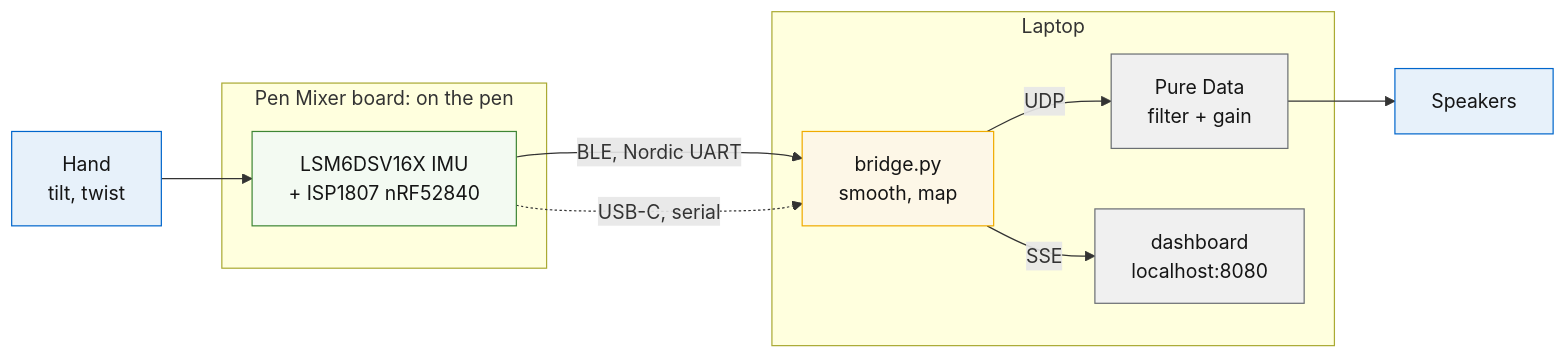
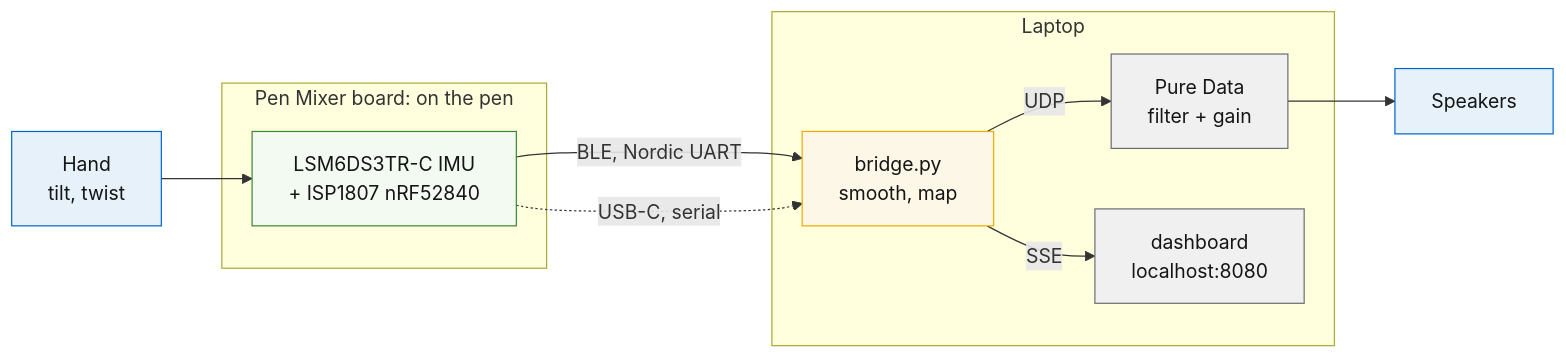
One commit to Brillar0101/pen-mixer changed the diagram in README.md. Above: the diagram before and after it, drawn with Mermaid. The commit also changed other lines of this file and 1 other file, not shown here.

````diff
--- a/README.md
+++ b/README.md
@@ -25,27 +25,27 @@
 ```mermaid
 flowchart LR
     HAND["Hand<br>tilt, twist"] --> FW
 
     subgraph pen["Pen Mixer board: on the pen"]
-        FW["LSM6DSV16X IMU<br>+ ISP1807 nRF52840"]
+        FW["LSM6DS3TR-C IMU<br>+ ISP1807 nRF52840"]
     end
 
     FW -->|"BLE, Nordic UART"| BR
     FW -.->|"USB-C, serial"| BR
 
     subgraph laptop["Laptop"]
         BR["bridge.py<br>smooth, map"] -->|"UDP"| PD["Pure Data<br>filter + gain"]
         BR -->|"SSE"| DASH["dashboard<br>localhost:8080"]
     end
 
     PD --> SPK["Speakers"]
 
     classDef pfBlue fill:#E7F1FA,stroke:#0066CC,color:#151515
     classDef pfGold fill:#FDF7E7,stroke:#F0AB00,color:#151515
     classDef pfGreen fill:#F3FAF2,stroke:#3E8635,color:#151515
     classDef pfGray fill:#F0F0F0,stroke:#6A6E73,color:#151515
     class HAND,SPK pfBlue
     class FW pfGreen
     class BR pfGold
     class PD,DASH pfGray
 ```
````
